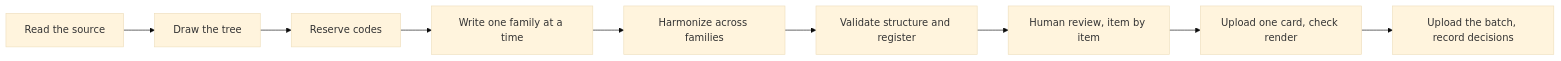
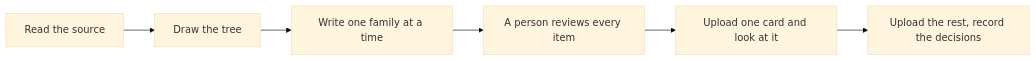
Before and after one commit to Benyoumen/backlog-writing-system: the third of 3 diagrams in docs/hierarchy.md, drawn with Mermaid (base theme). The commit also changed other lines of this file and 32 other files, not shown here.

First line of the commit message:
Prioritization: Now / Next / Later, ROI impact and the enabling chain; capacity simulation; spec preview; plain-word diagrams

````diff
--- a/docs/hierarchy.md
+++ b/docs/hierarchy.md
@@ -54,11 +51,8 @@
 ```mermaid
 flowchart LR
     A["Read the source"] --> B["Draw the tree"]
-    B --> C["Reserve codes"]
-    C --> D["Write one family at a time"]
-    D --> E["Harmonize across families"]
-    E --> F["Validate structure and register"]
-    F --> G["Human review, item by item"]
-    G --> H["Upload one card, check render"]
-    H --> I["Upload the batch, record decisions"]
+    B --> C["Write one family at a time"]
+    C --> D["A person reviews every item"]
+    D --> E["Upload one card and look at it"]
+    E --> F["Upload the rest, record the decisions"]
 ```
````
